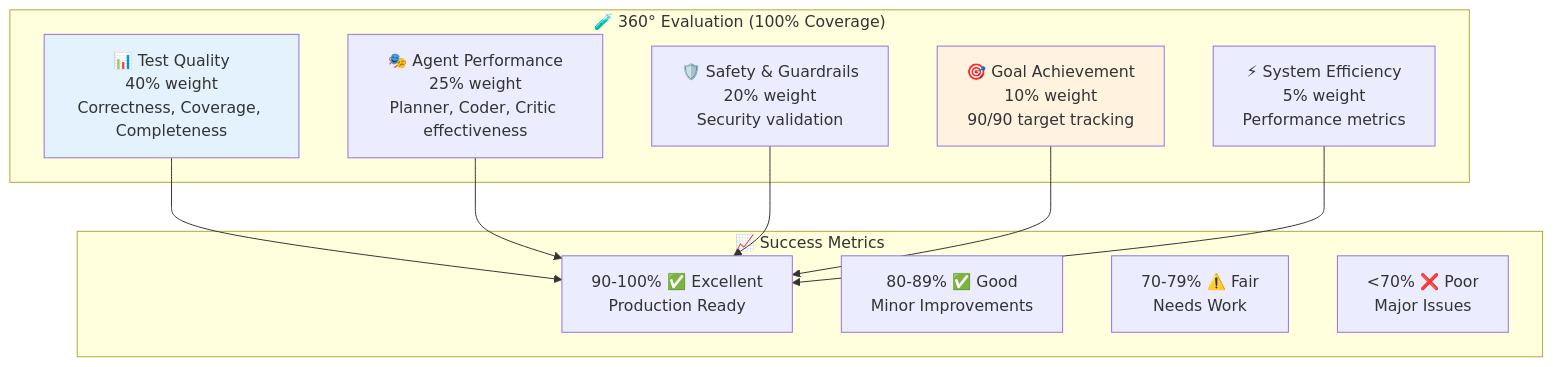
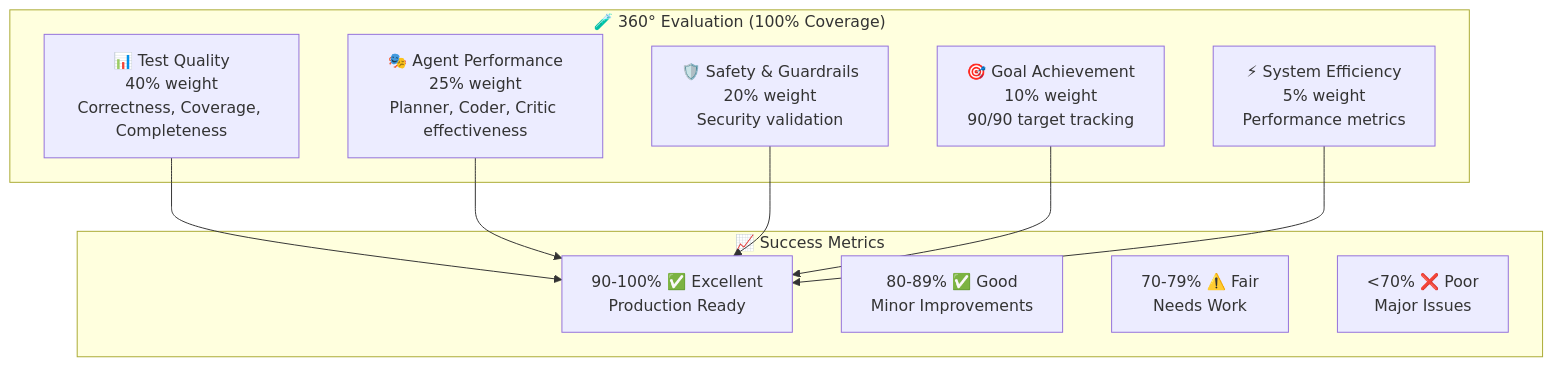
One commit to narenallam/AgenticTestGenerator changed diagram 12 of 13 in ARCHITECTURE.md. Above: the diagram before and after it, drawn with Mermaid. The commit also changed other lines of this file, not shown here.

````diff
--- a/ARCHITECTURE.md
+++ b/ARCHITECTURE.md
@@ -819,26 +792,24 @@
 ```mermaid
 graph TB
     subgraph "🧪 360° Evaluation (100% Coverage)"
         Quality[📊 Test Quality<br/>40% weight<br/>Correctness, Coverage, Completeness]
         Agents[🎭 Agent Performance<br/>25% weight<br/>Planner, Coder, Critic effectiveness]
         Safety[🛡️ Safety & Guardrails<br/>20% weight<br/>Security validation]
         Goals[🎯 Goal Achievement<br/>10% weight<br/>90/90 target tracking]
         Efficiency[⚡ System Efficiency<br/>5% weight<br/>Performance metrics]
     end
 
     subgraph "📈 Success Metrics"
         Excellent[90-100% ✅ Excellent<br/>Production Ready]
         Good[80-89% ✅ Good<br/>Minor Improvements]
         Fair[70-79% ⚠️ Fair<br/>Needs Work]
         Poor[<70% ❌ Poor<br/>Major Issues]
     end
 
     Quality --> Excellent
     Agents --> Excellent
     Safety --> Excellent
     Goals --> Excellent
     Efficiency --> Excellent
 
-    style Quality fill:#e3f2fd
-    style Goals fill:#fff3e0
 ```
````
